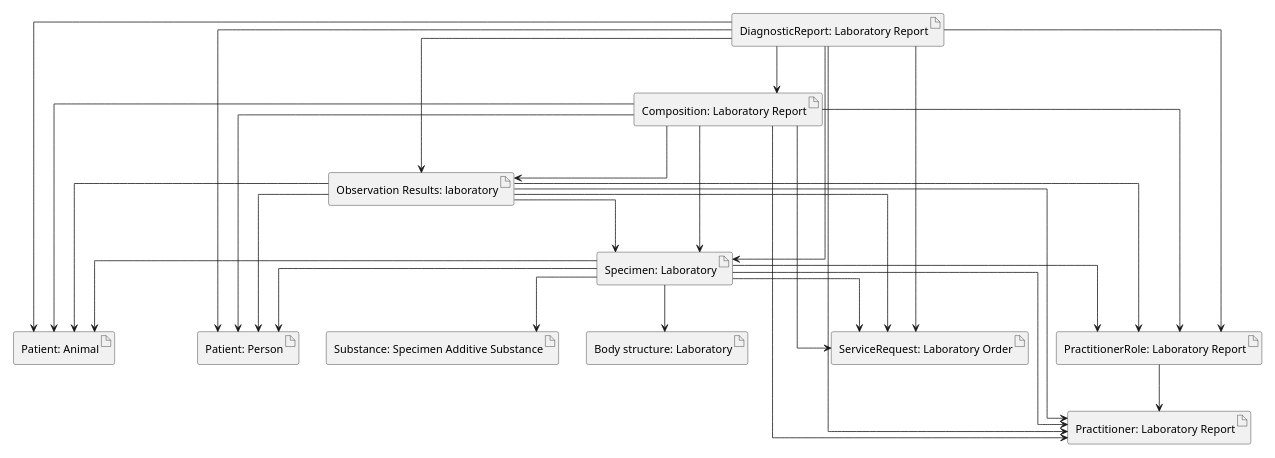
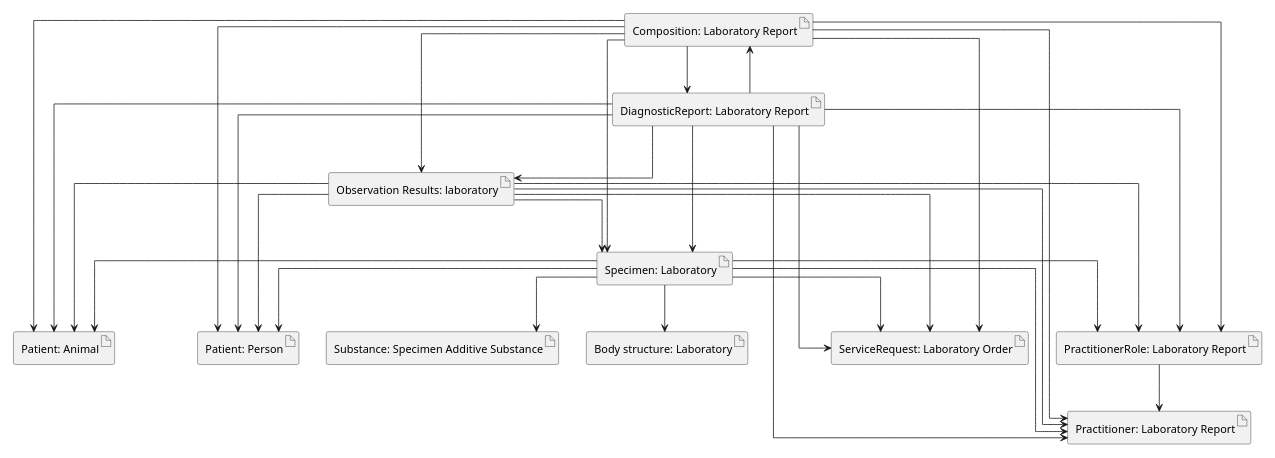
One commit to hl7-eu/laboratory changed the diagram in input/images-source/links-overview.plantuml. Above: the diagram before and after it, drawn with PlantUML. The commit also changed 1 other file, not shown here.

Commit message:
updated plantuml diagrams

```diff
--- a/input/images-source/links-overview.plantuml
+++ b/input/images-source/links-overview.plantuml
@@ -1,66 +1,67 @@
 @startuml
 
 skinparam linetype ortho
 scale 0.6
 
 artifact "Composition: Laboratory Report" as composition
 artifact "DiagnosticReport: Laboratory Report" as diagnosticReport
 artifact "Observation Results: laboratory" as result
 artifact "Patient: Animal" as animalPatient
 artifact "Patient: Person" as humanPatient
 artifact "Practitioner: Laboratory Report" as Practitioner
 artifact "PractitionerRole: Laboratory Report" as PractitionerRole
 artifact "ServiceRequest: Laboratory Order" as ServiceRequest
 artifact "Specimen: Laboratory" as Specimen
 artifact "Substance: Specimen Additive Substance" as Substance
 artifact "Body structure: Laboratory" as bodyStructure
 
 
 url of composition is  [[StructureDefinition-Composition-eu-lab.html]]
 url of diagnosticReport is  [[StructureDefinition-DiagnosticReport-eu-lab.html]]
 url of result [[StructureDefinition-Observation-resultslab-eu-lab.html]]
 url of humanPatient [[StructureDefinition-Patient-eu-lab.html]]
 url of animalPatient [[StructureDefinition-Patient-animal-eu-lab.html]]
 url of Practitioner [[StructureDefinition-Practitioner-eu-lab.html]]
 url of PractitionerRole [[StructureDefinition-PractitionerRole-eu-lab.html]]
 url of ServiceRequest [[StructureDefinition-ServiceRequest-eu-lab.html]]
 url of Specimen [[StructureDefinition-Specimen-eu-lab.html]]
 url of Substance [[StructureDefinition-Substance-additive-eu-lab.html]]
 url of bodyStructure [[StructureDefinition-BodyStructure-eu-lab.html]]
 
 
 diagnosticReport --> composition
 diagnosticReport --> result
 diagnosticReport --> animalPatient
 diagnosticReport --> humanPatient
 diagnosticReport --> Practitioner
 diagnosticReport --> PractitionerRole
 diagnosticReport --> ServiceRequest
 diagnosticReport --> Specimen
 
 composition --> result
+composition --> diagnosticReport
 composition --> animalPatient
 composition --> humanPatient
 composition --> Practitioner
 composition --> PractitionerRole
 composition --> ServiceRequest
 composition --> Specimen
 
 result --> animalPatient
 result --> humanPatient
 result --> Practitioner
 result --> PractitionerRole
 result --> ServiceRequest
 result --> Specimen
 
 Specimen --> animalPatient
 Specimen --> humanPatient
 Specimen --> Practitioner
 Specimen --> PractitionerRole
 Specimen --> ServiceRequest
 Specimen --> Substance
 Specimen --> bodyStructure
 
 PractitionerRole --> Practitioner
 
 @enduml
```
